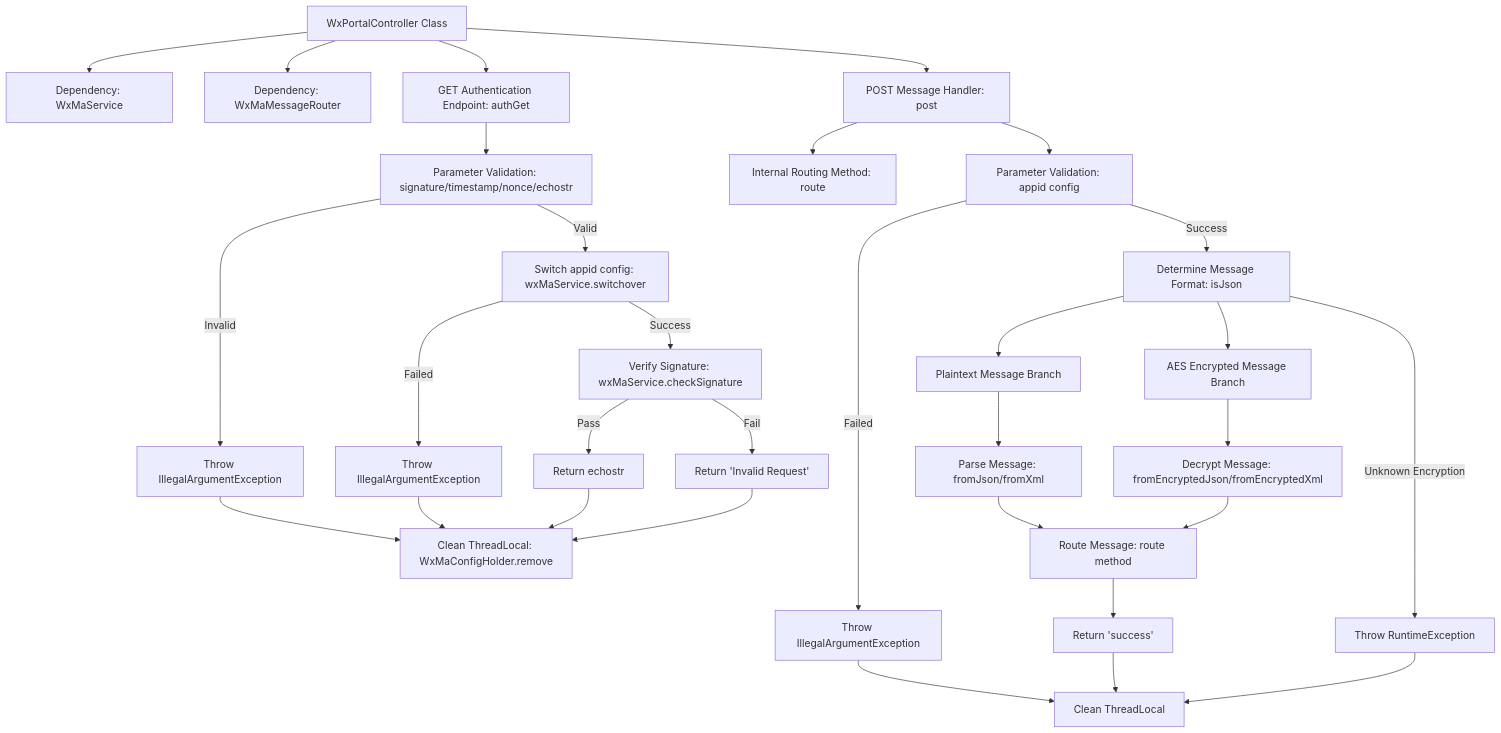
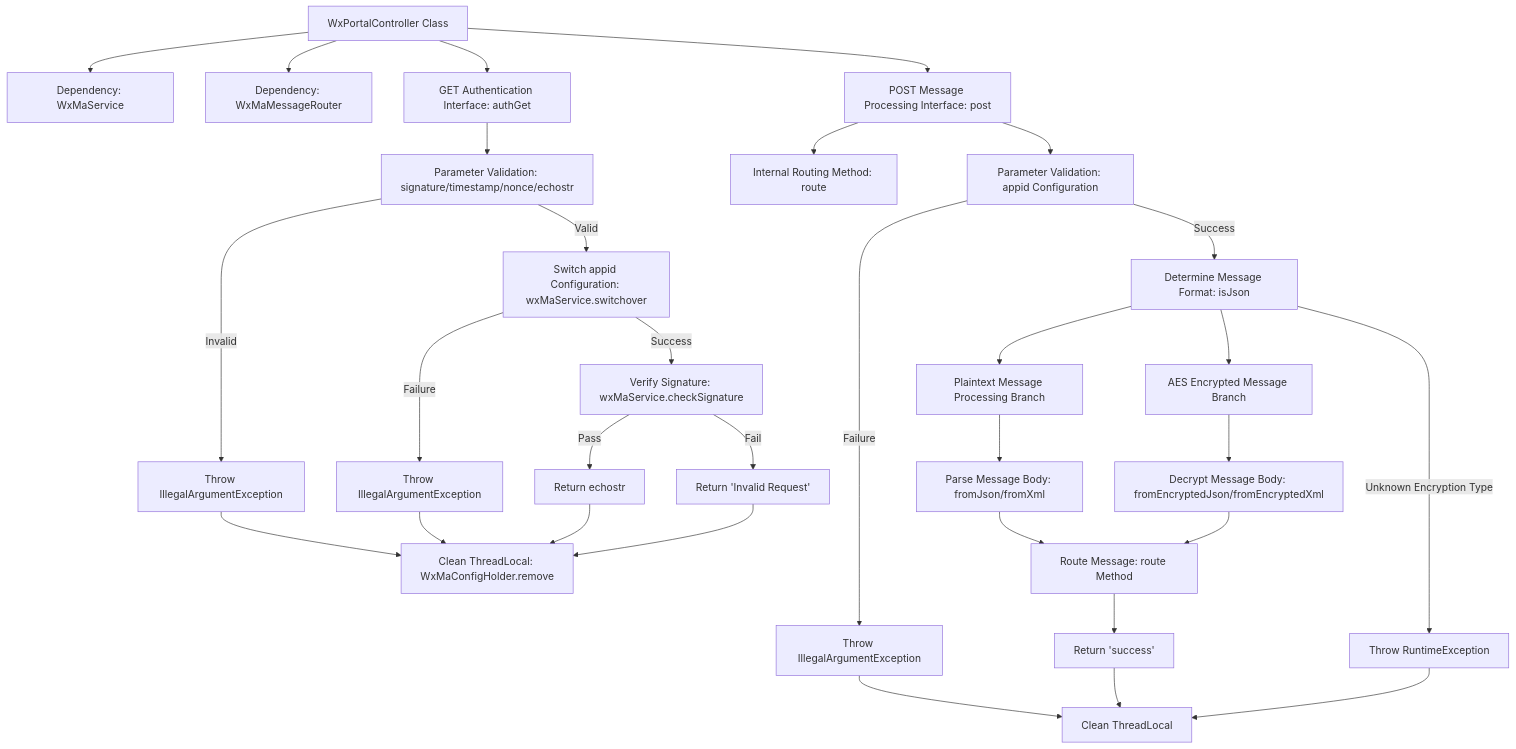
The second of 2 diagrams in docs/en/docs/src/main/java/com/github/binarywang/demo/wx/miniapp/controller/WxPortalController.md (v-wjrong/imrrong_weixin-java-miniapp-demo), drawn with Mermaid before and after one commit. The commit also changed other lines of this file and 37 other files, not shown here.

````diff
--- a/docs/en/docs/src/main/java/com/github/binarywang/demo/wx/miniapp/controller/WxPortalController.md
+++ b/docs/en/docs/src/main/java/com/github/binarywang/demo/wx/miniapp/controller/WxPortalController.md
@@ -85,37 +85,37 @@
 ```mermaid
 graph TD
     A["WxPortalController Class"]
-    B["GET Authentication Endpoint: authGet"]
-    C["POST Message Handler: post"]
+    B["GET Authentication Interface: authGet"]
+    C["POST Message Processing Interface: post"]
     D["Internal Routing Method: route"]
     E["Dependency: WxMaService"]
     F["Dependency: WxMaMessageRouter"]
 
     A --> E
     A --> F
     A --> B
     A --> C
     C --> D
 
     B --> B1["Parameter Validation: signature/timestamp/nonce/echostr"]
     B1 -->|Invalid| B2["Throw IllegalArgumentException"]
-    B1 -->|Valid| B3["Switch appid config: wxMaService.switchover"]
-    B3 -->|Failed| B4["Throw IllegalArgumentException"]
+    B1 -->|Valid| B3["Switch appid Configuration: wxMaService.switchover"]
+    B3 -->|Failure| B4["Throw IllegalArgumentException"]
     B3 -->|Success| B5["Verify Signature: wxMaService.checkSignature"]
     B5 -->|Pass| B6["Return echostr"]
     B5 -->|Fail| B7["Return 'Invalid Request'"]
     B6 & B7 & B4 & B2 --> B8["Clean ThreadLocal: WxMaConfigHolder.remove"]
 
-    C --> C1["Parameter Validation: appid config"]
-    C1 -->|Failed| C2["Throw IllegalArgumentException"]
+    C --> C1["Parameter Validation: appid Configuration"]
+    C1 -->|Failure| C2["Throw IllegalArgumentException"]
     C1 -->|Success| C3["Determine Message Format: isJson"]
-    C3 --> C4["Plaintext Message Branch"]
+    C3 --> C4["Plaintext Message Processing Branch"]
     C3 --> C5["AES Encrypted Message Branch"]
-    C4 --> C6["Parse Message: fromJson/fromXml"]
-    C5 --> C7["Decrypt Message: fromEncryptedJson/fromEncryptedXml"]
-    C6 & C7 --> C8["Route Message: route method"]
+    C4 --> C6["Parse Message Body: fromJson/fromXml"]
+    C5 --> C7["Decrypt Message Body: fromEncryptedJson/fromEncryptedXml"]
+    C6 & C7 --> C8["Route Message: route Method"]
     C8 --> C9["Return 'success'"]
     C9 & C2 --> C10["Clean ThreadLocal"]
-    C3 -->|Unknown Encryption| C11["Throw RuntimeException"]
+    C3 -->|Unknown Encryption Type| C11["Throw RuntimeException"]
     C11 --> C10
 ```
````
